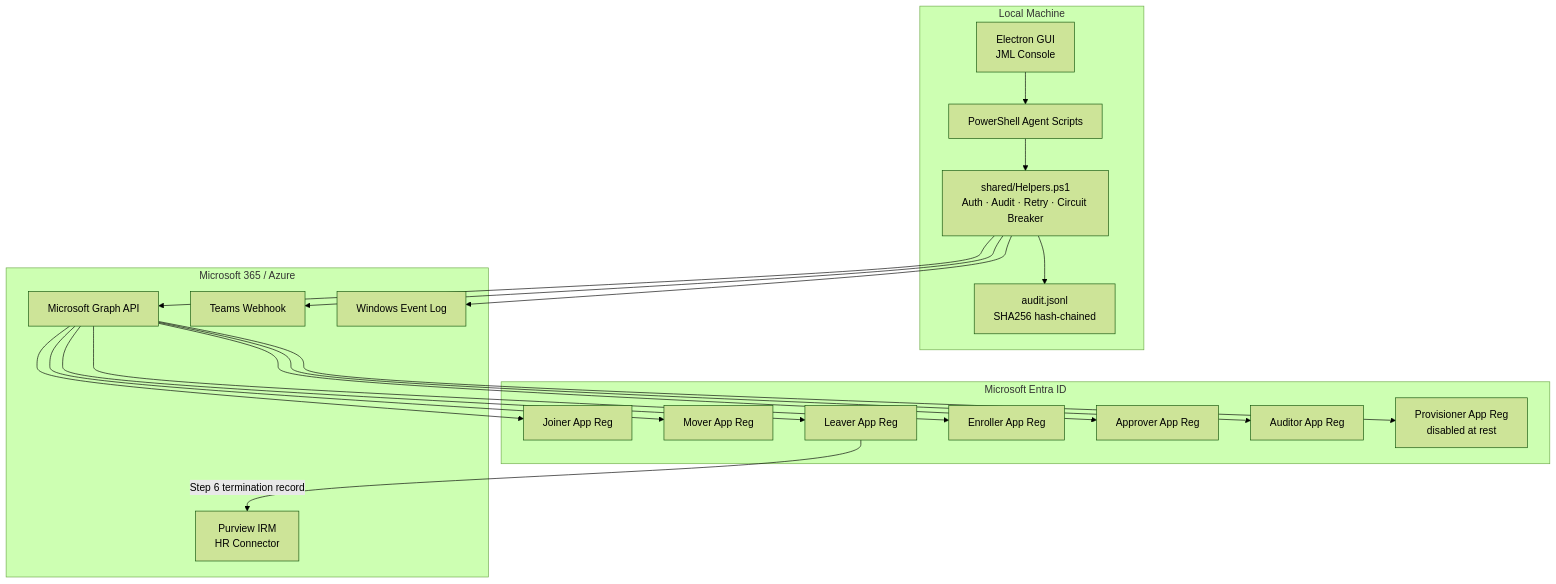
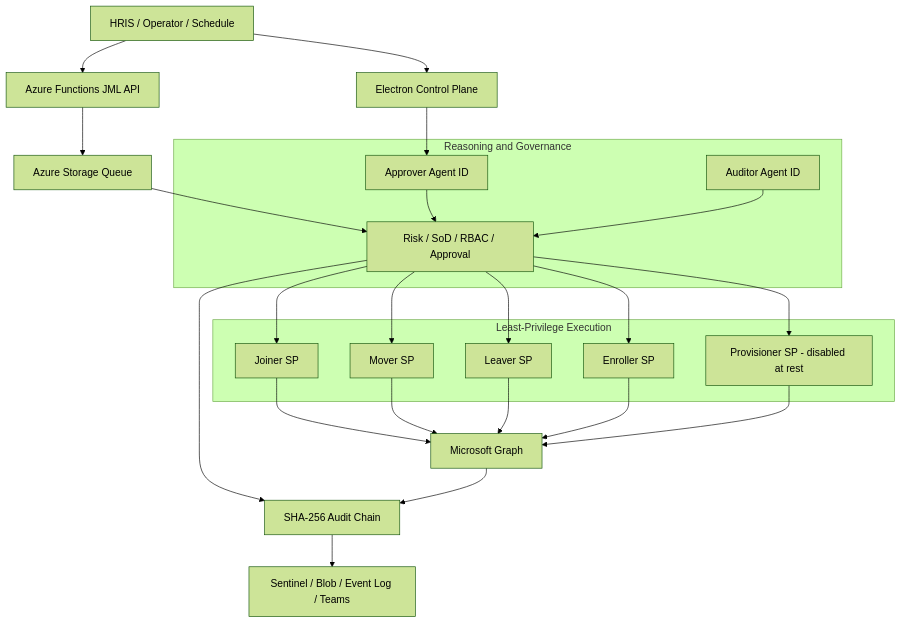
Before and after one commit to TrickyDanceMoves/jml-agent-fleet: the diagram in docs/architecture.md, drawn with Mermaid (forest theme). The commit also changed other lines of this file and 12 other files, not shown here.

````diff
--- a/docs/architecture.md
+++ b/docs/architecture.md
@@ -5,35 +5,35 @@
 ```mermaid
 graph TB
-    subgraph Local["Local Machine"]
-        EL[Electron GUI\nJML Console]
-        PS[PowerShell Agent Scripts]
-        SHARED[shared/Helpers.ps1\nAuth · Audit · Retry · Circuit Breaker]
-        AUDIT[audit.jsonl\nSHA256 hash-chained]
+    HRIS[HRIS / Operator / Schedule]
+    API[Azure Functions JML API]
+    QUEUE[Azure Storage Queue]
+    UI[Electron Control Plane]
+
+    subgraph Reasoning["Reasoning and Governance"]
+        APPROVER[Approver Agent ID]
+        AUDITOR[Auditor Agent ID]
+        POLICY[Risk / SoD / RBAC / Approval]
     end
 
-    subgraph Entra["Microsoft Entra ID"]
-        J[Joiner App Reg]
-        M[Mover App Reg]
-        L[Leaver App Reg]
-        E[Enroller App Reg]
-        AP[Approver App Reg]
-        AU[Auditor App Reg]
-        PR[Provisioner App Reg\ndisabled at rest]
+    subgraph Execution["Least-Privilege Execution"]
+        JOINER[Joiner SP]
+        MOVER[Mover SP]
+        LEAVER[Leaver SP]
+        ENROLLER[Enroller SP]
+        PROVISIONER[Provisioner SP - disabled at rest]
     end
 
-    subgraph M365["Microsoft 365 / Azure"]
-        GRAPH[Microsoft Graph API]
-        TEAMS[Teams Webhook]
-        EVTLOG[Windows Event Log]
-        PURVIEW[Purview IRM\nHR Connector]
-    end
+    GRAPH[Microsoft Graph]
+    AUDIT[SHA-256 Audit Chain]
+    SINKS[Sentinel / Blob / Event Log / Teams]
 
-    EL --> PS
-    PS --> SHARED
-    SHARED --> GRAPH
-    GRAPH --> J & M & L & E & AP & AU & PR
-    SHARED --> AUDIT
-    SHARED --> TEAMS
-    SHARED --> EVTLOG
-    L -->|Step 6 termination record| PURVIEW
+    HRIS --> API --> QUEUE
+    HRIS --> UI
+    QUEUE --> POLICY
+    UI --> APPROVER --> POLICY
+    AUDITOR --> POLICY
+    POLICY --> JOINER & MOVER & LEAVER & ENROLLER & PROVISIONER
+    JOINER & MOVER & LEAVER & ENROLLER & PROVISIONER --> GRAPH
+    POLICY --> AUDIT
+    GRAPH --> AUDIT --> SINKS
 ```
````
